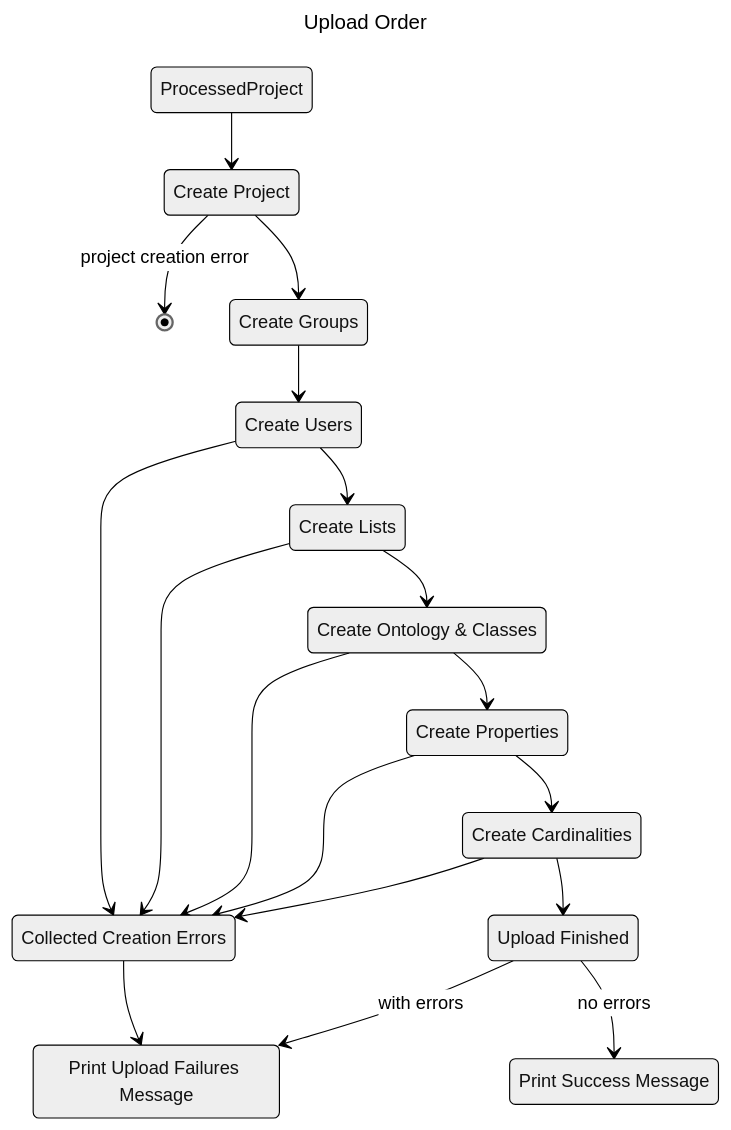
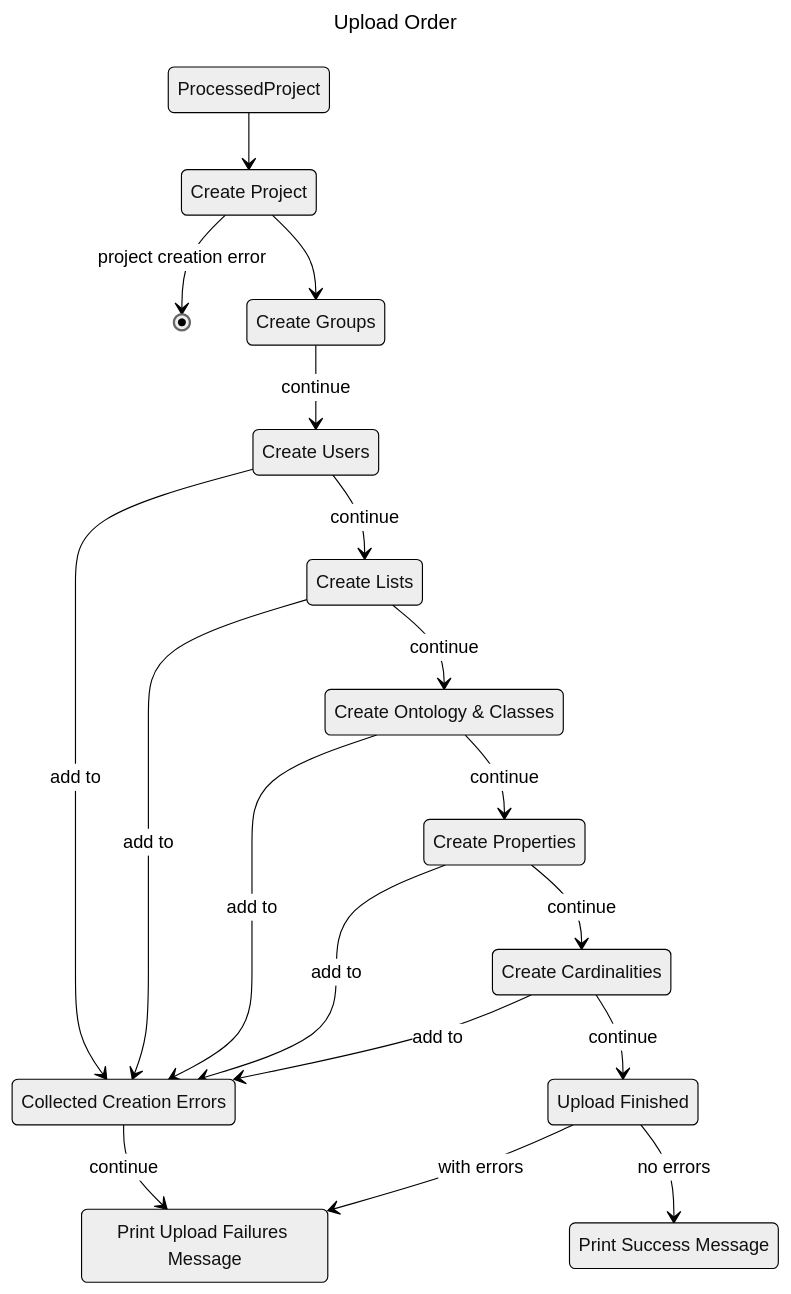
Before and after one commit to dasch-swiss/dsp-tools: the second of 7 diagrams in docs/developers/architecture.md, drawn with Mermaid (neutral theme). The commit also changed other lines of this file, not shown here.

````diff
--- a/docs/developers/architecture.md
+++ b/docs/developers/architecture.md
@@ -75,35 +87,35 @@
 ```mermaid
 ---
 title: Upload Order
 ---
 stateDiagram-v2
     state "ProcessedProject" as processedProj
     state "Create Project" as crProj
     state "Create Groups" as crGr
     state "Create Users" as crUser
     state "Create Lists" as crLists
     state "Create Ontology & Classes" as crCls
     state "Create Properties" as crProp
     state "Create Cardinalities" as crCards
     state "Upload Finished" as upFini
     state "Collected Creation Errors" as collErr
     state "Print Upload Failures Message" as printErr
     state "Print Success Message" as printSucc
     processedProj --> crProj
     crProj --> [*]: project creation error
     crProj --> crGr
-    crGr --> crUser
-    crUser --> collErr
-    crUser --> crLists
-    crLists --> collErr
-    crLists --> crCls
-    crCls --> collErr
-    crCls --> crProp
-    crProp --> collErr
-    crProp --> crCards
-    crCards --> collErr
-    crCards --> upFini
+    crGr --> crUser: continue
+    crUser --> collErr: add to
+    crUser --> crLists: continue
+    crLists --> collErr: add to
+    crLists --> crCls: continue
+    crCls --> collErr: add to
+    crCls --> crProp: continue
+    crProp --> collErr: add to
+    crProp --> crCards: continue
+    crCards --> collErr: add to
+    crCards --> upFini: continue
     upFini --> printErr: with errors
-    collErr --> printErr
+    collErr --> printErr: continue
     upFini --> printSucc: no errors
 ```
````
